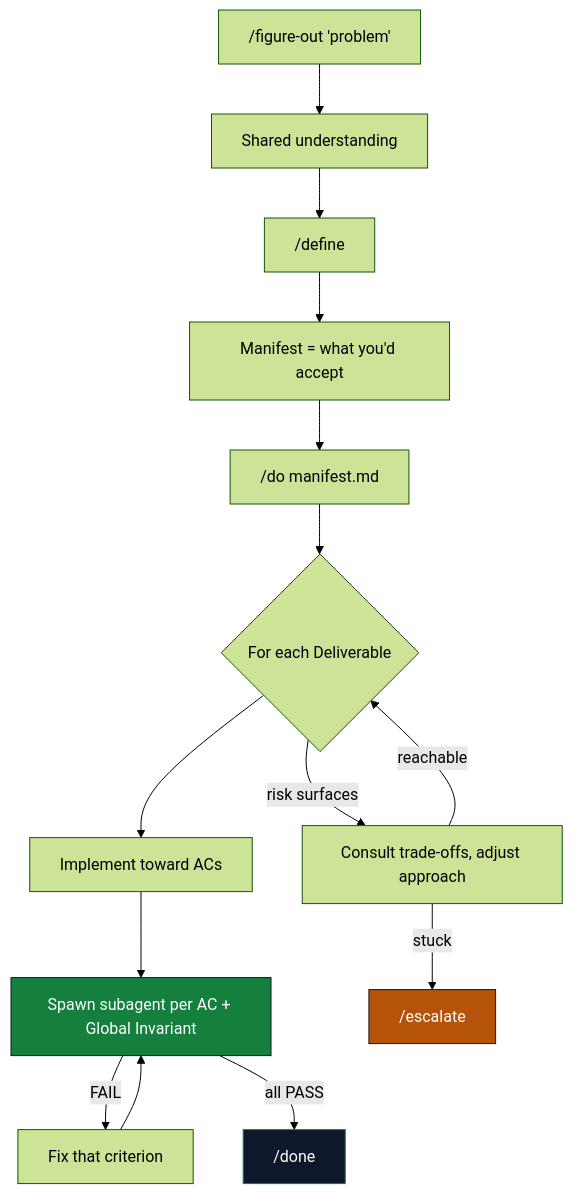
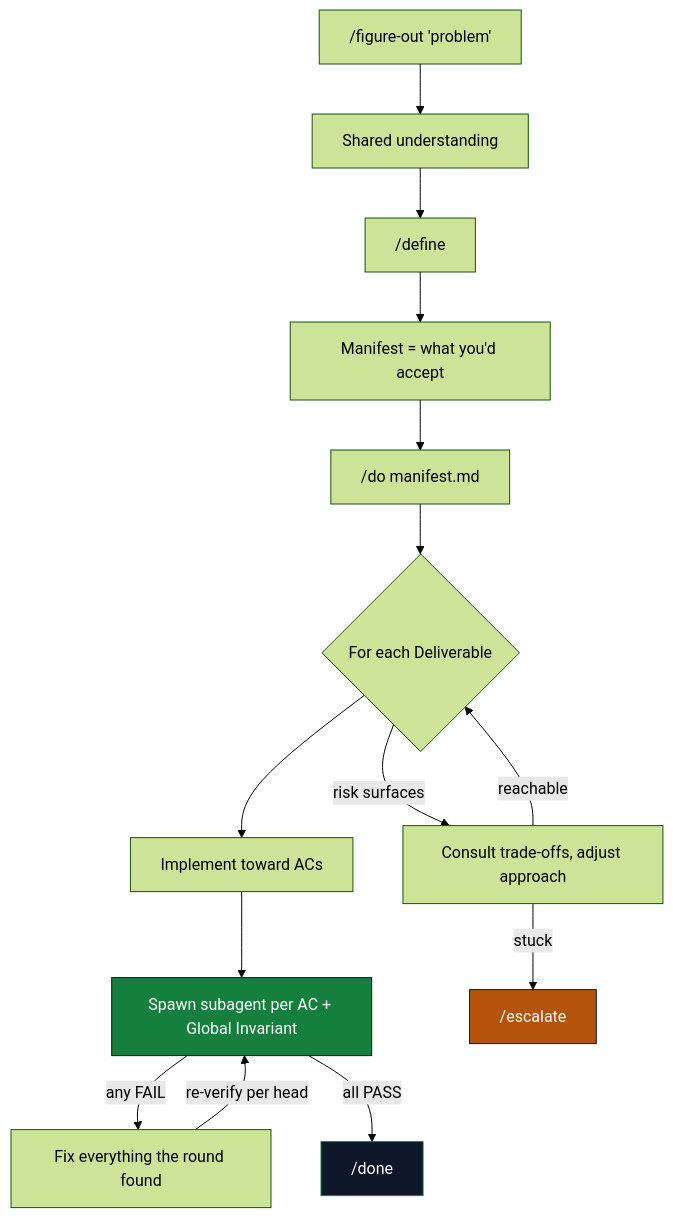
Before and after one commit to doodledood/manifest-dev: the diagram in README.md, drawn with Mermaid (forest theme). The commit also changed 69 other files, not shown here.

````diff
--- a/README.md
+++ b/README.md
@@ -94,22 +94,22 @@
 ```mermaid
 flowchart TD
     A["/figure-out 'problem'"] --> B["Shared understanding"]
     B --> C["/define"]
     C --> D["Manifest = what you'd accept"]
     D --> E["/do manifest.md"]
     E --> F{"For each Deliverable"}
     F --> G["Implement toward ACs"]
     G --> H["Spawn subagent per AC + Global Invariant"]
-    H -->|FAIL| I["Fix that criterion"]
-    I --> H
+    H -->|any FAIL| I["Fix everything the round found"]
+    I -->|re-verify per head| H
     H -->|all PASS| J["/done"]
     F -->|risk surfaces| K["Consult trade-offs, adjust approach"]
     K -->|reachable| F
     K -->|stuck| L["/escalate"]
     classDef gate fill:#15803D,stroke:#0F172A,color:#FFFFFF;
     classDef done fill:#0F172A,stroke:#15803D,color:#FFFFFF;
     classDef stop fill:#B45309,stroke:#0F172A,color:#FFFFFF;
     class H gate;
     class J done;
     class L stop;
 ```
````
